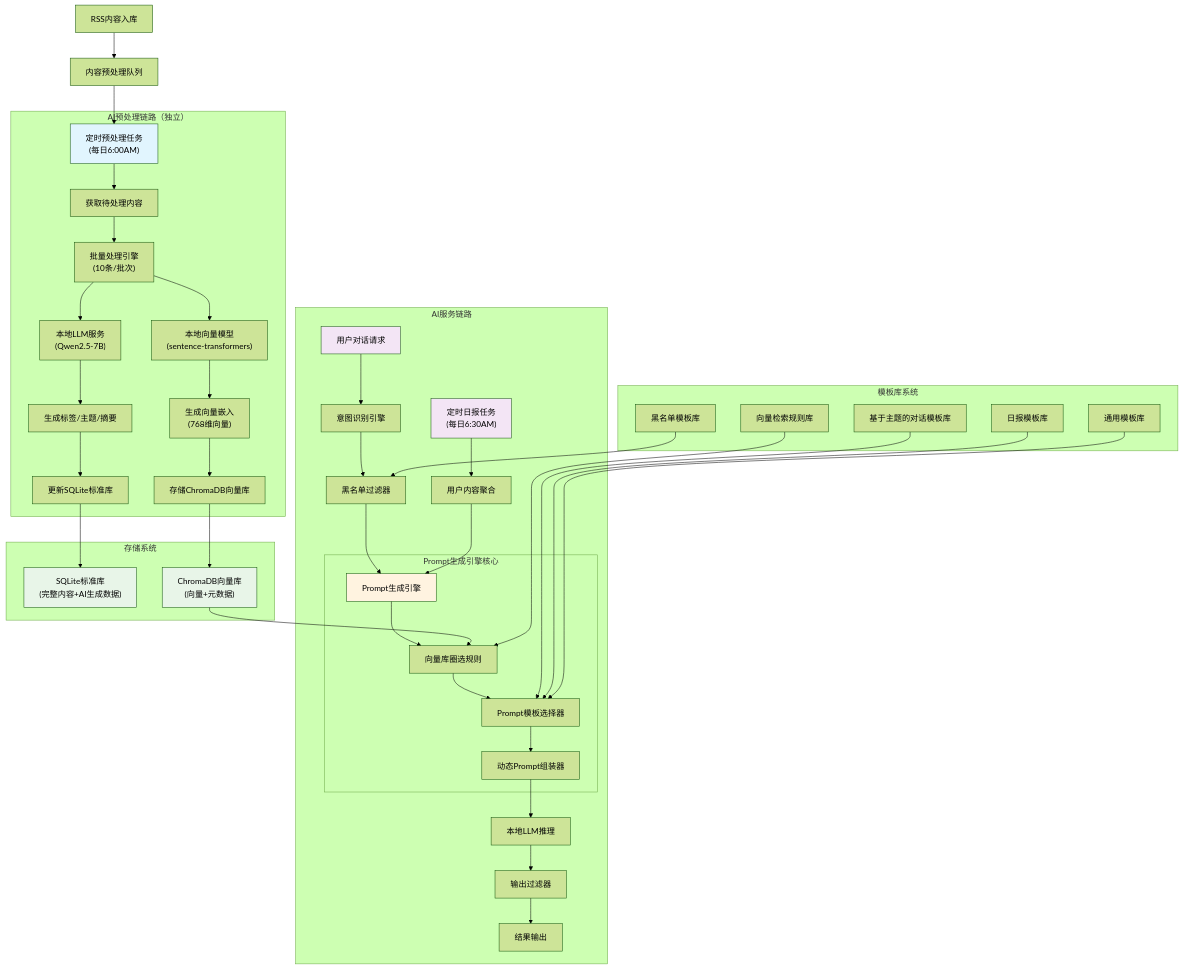
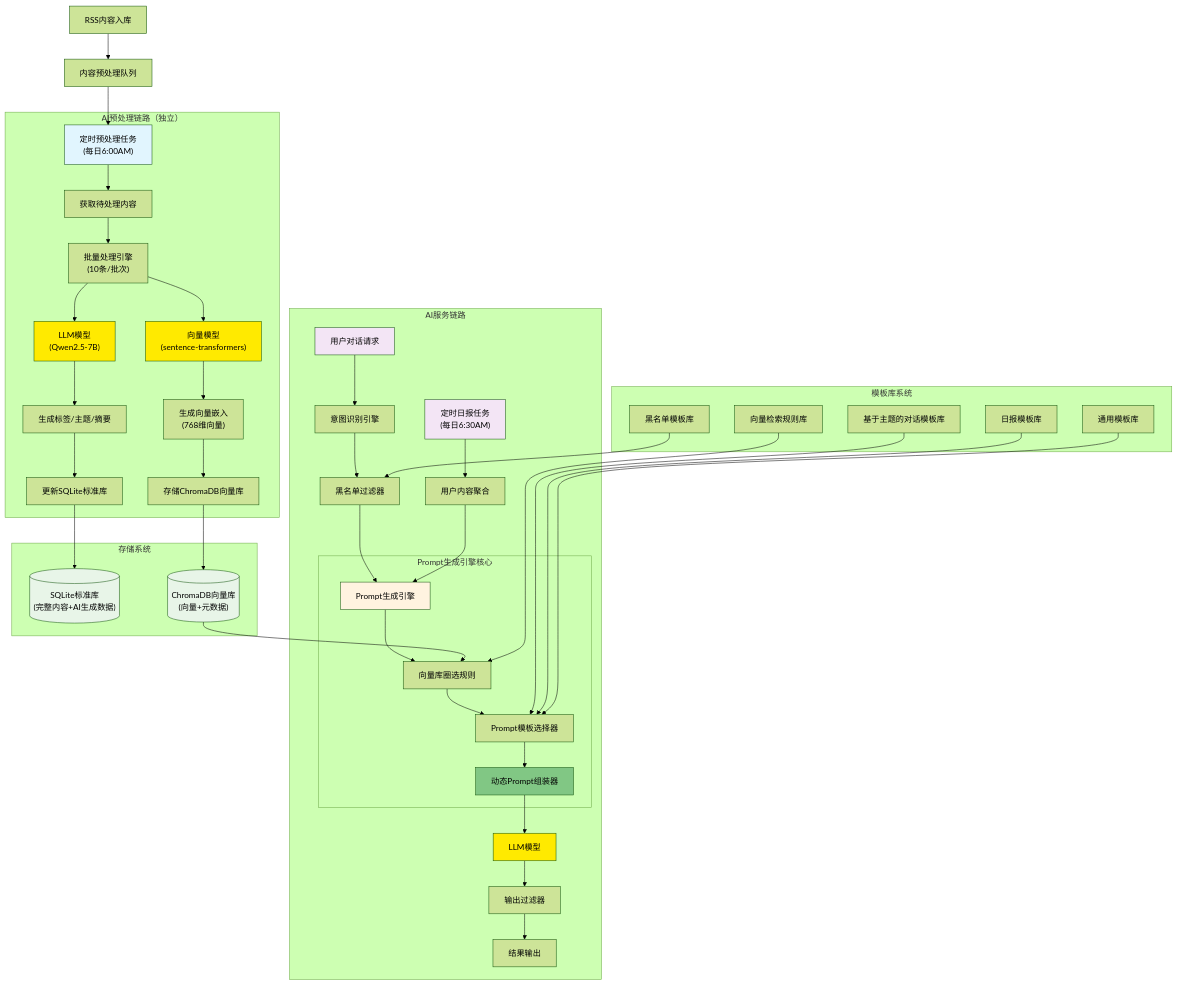
Before and after one commit to czsayhi/RSSia: the first of 2 diagrams in docs/ai-architecture.md, drawn with Mermaid (forest theme). The commit also changed 8 other files, not shown here.

````diff
--- a/docs/ai-architecture.md
+++ b/docs/ai-architecture.md
@@ -29,69 +29,73 @@
   ```mermaid
   graph TD
       A["RSS内容入库"] --> B["内容预处理队列"]
       
       subgraph "AI预处理链路（独立）"
           C["定时预处理任务<br/>(每日6:00AM)"] --> D["获取待处理内容"]
           D --> E["批量处理引擎<br/>(10条/批次)"]
           
-          E --> F["本地LLM服务<br/>(Qwen2.5-7B)"]
-          E --> G["本地向量模型<br/>(sentence-transformers)"]
+          E --> F["LLM模型<br/>(Qwen2.5-7B)"]
+          E --> G["向量模型<br/>(sentence-transformers)"]
           
           F --> H["生成标签/主题/摘要"]
           G --> I["生成向量嵌入<br/>(768维向量)"]
           
           H --> J["更新SQLite标准库"]
           I --> K["存储ChromaDB向量库"]
       end
       
       B --> C
       
       subgraph "AI服务链路"
           L["用户对话请求"] --> M["意图识别引擎"]
           P["定时日报任务<br/>(每日6:30AM)"] --> Q["用户内容聚合"]
           
           M --> N["黑名单过滤器"]
           N --> O["Prompt生成引擎"]
           Q --> O
           
           subgraph "Prompt生成引擎核心"
               O --> R["向量库圈选规则"]
               R --> S["Prompt模板选择器"]
               S --> T["动态Prompt组装器"]
           end
           
-          T --> U["本地LLM推理"]
+          T --> U["LLM模型"]
           U --> V["输出过滤器"]
           V --> W["结果输出"]
       end
       
       subgraph "模板库系统"
           X1["黑名单模板库"]
           X2["基于主题的对话模板库"]
           X3["日报模板库"]
           X4["通用模板库"]
           X5["向量检索规则库"]
       end
       
       subgraph "存储系统"
-          Y1["SQLite标准库<br/>(完整内容+AI生成数据)"]
-          Y2["ChromaDB向量库<br/>(向量+元数据)"]
+          Y1[("SQLite标准库<br/>(完整内容+AI生成数据)")]
+          Y2[("ChromaDB向量库<br/>(向量+元数据)")]
       end
       
       J --> Y1
       K --> Y2
       
       Y2 --> R
       X1 --> N
       X2 --> S
       X3 --> S
       X4 --> S
       X5 --> R
       
       style C fill:#e1f5fe
       style L fill:#f3e5f5
       style P fill:#f3e5f5
       style O fill:#fff3e0
+      style F fill:#ffea00
+      style G fill:#ffea00
+      style T fill:#81c784
+      style U fill:#ffea00
       style Y1 fill:#e8f5e8
       style Y2 fill:#e8f5e8
   ```
````
